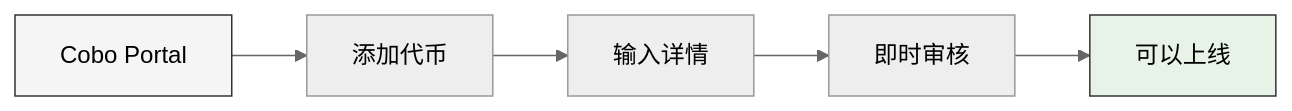
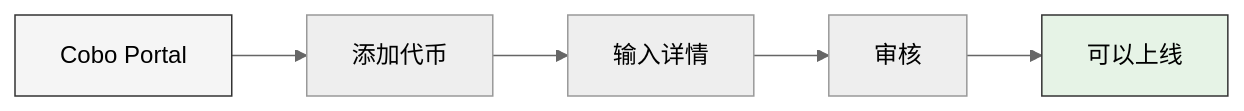
Before and after one commit to CoboGlobal/product-manual: the diagram in cn/portal/self-service-token-listing.mdx, drawn with Mermaid (neutral theme). The commit also changed other lines of this file and 2 other files, not shown here.

````diff
--- a/cn/portal/self-service-token-listing.mdx
+++ b/cn/portal/self-service-token-listing.mdx
@@ -16,9 +16,9 @@
 ```mermaid
 flowchart LR
     A[Cobo Portal] --> B[添加代币]
     B --> C[输入详情]
-    C --> D[即时审核]
+    C --> D[审核]
     D --> E[可以上线]
     style A fill:#f5f5f5,stroke:#333
     style E fill:#e6f3e6,stroke:#333
 ```
````
